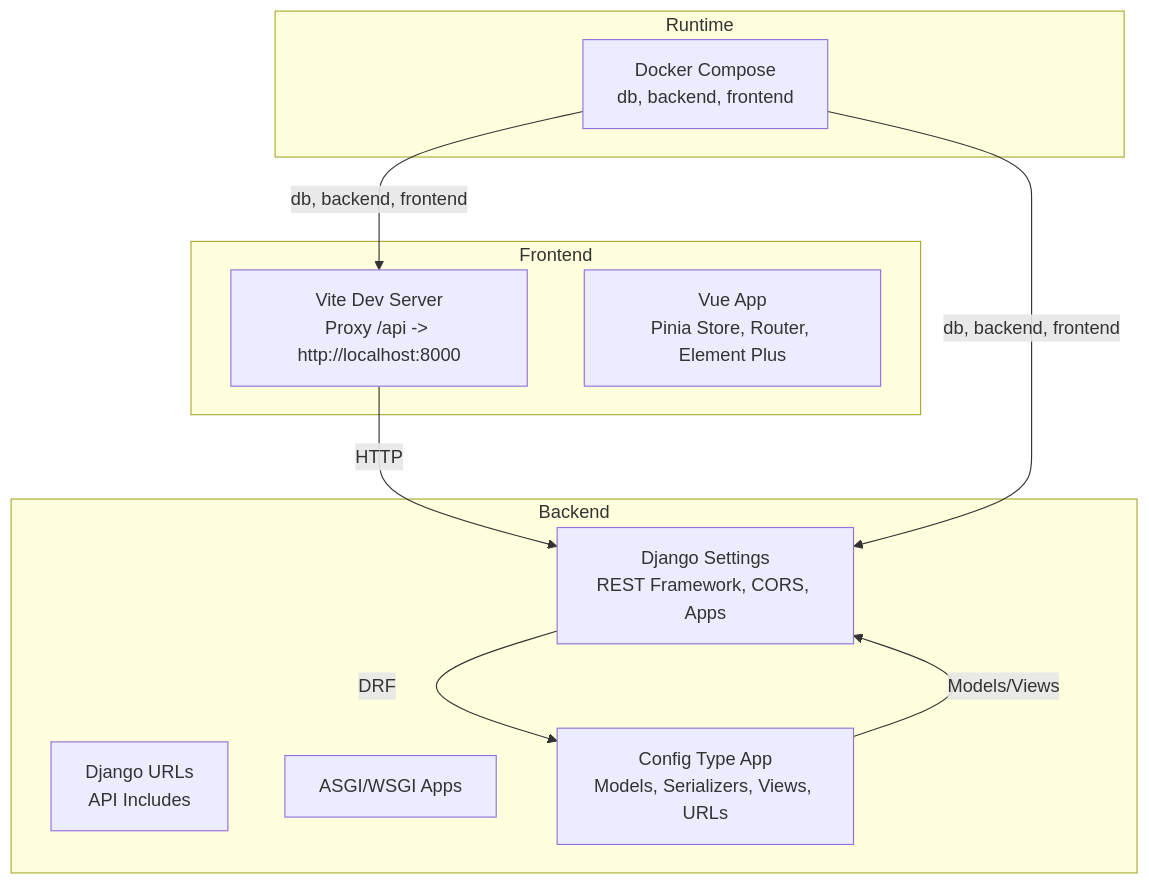
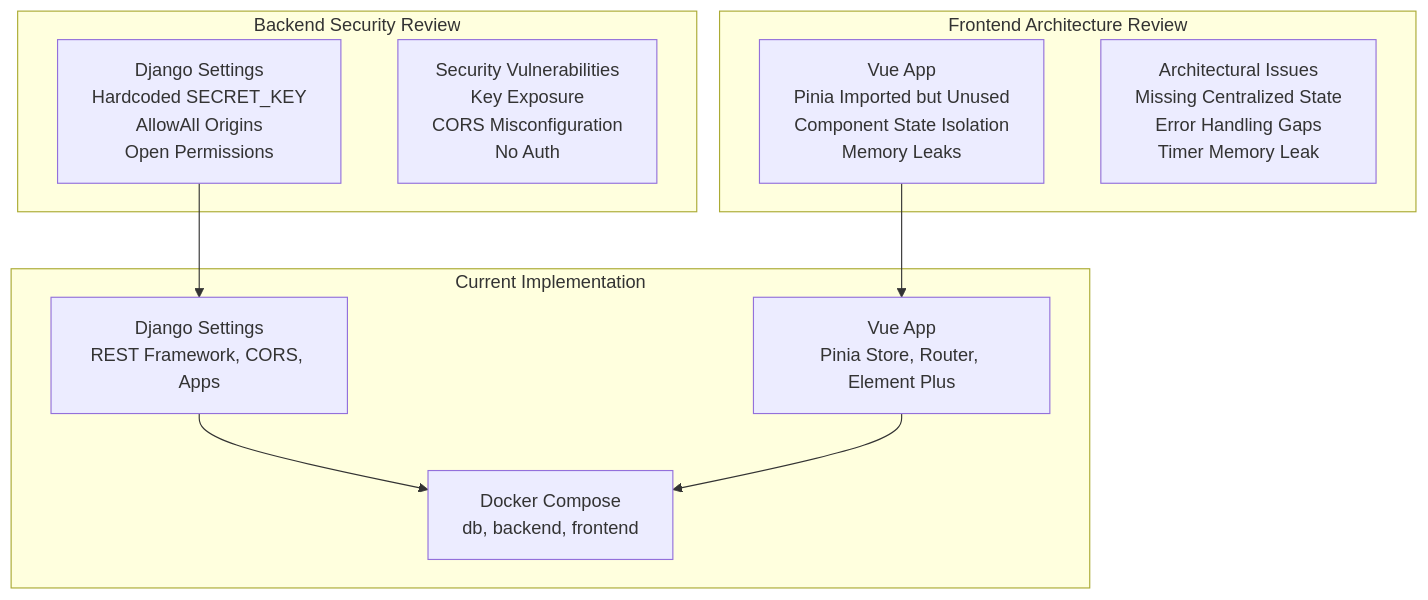
Before and after one commit to fengyong/ai-ops: the first of 6 diagrams in .qoder/repowiki/en/content/Development Guidelines.md, drawn with Mermaid. The commit also changed other lines of this file and 7 other files, not shown here.

````diff
--- a/.qoder/repowiki/en/content/Development Guidelines.md
+++ b/.qoder/repowiki/en/content/Development Guidelines.md
@@ -44,21 +62,20 @@
 ```mermaid
 graph TB
-subgraph "Backend"
-A["Django Settings<br/>REST Framework, CORS, Apps"]
-B["Django URLs<br/>API Includes"]
-C["ASGI/WSGI Apps"]
-D["Config Type App<br/>Models, Serializers, Views, URLs"]
+subgraph "Backend Security Review"
+A["Django Settings<br/>Hardcoded SECRET_KEY<br/>AllowAll Origins<br/>Open Permissions"]
+B["Security Vulnerabilities<br/>Key Exposure<br/>CORS Misconfiguration<br/>No Auth"]
 end
-subgraph "Frontend"
-E["Vite Dev Server<br/>Proxy /api -> http://localhost:8000"]
+subgraph "Frontend Architecture Review"
+C["Vue App<br/>Pinia Imported but Unused<br/>Component State Isolation<br/>Memory Leaks"]
+D["Architectural Issues<br/>Missing Centralized State<br/>Error Handling Gaps<br/>Timer Memory Leak"]
+end
+subgraph "Current Implementation"
+E["Django Settings<br/>REST Framework, CORS, Apps"]
 F["Vue App<br/>Pinia Store, Router, Element Plus"]
-end
-subgraph "Runtime"
 G["Docker Compose<br/>db, backend, frontend"]
 end
-E --> |"HTTP"| A
-A --> |"DRF"| D
-D --> |"Models/Views"| A
-G --> |"db, backend, frontend"| A
-G --> |"db, backend, frontend"| E
+A --> E
+C --> F
+E --> G
+F --> G
 ```
````
